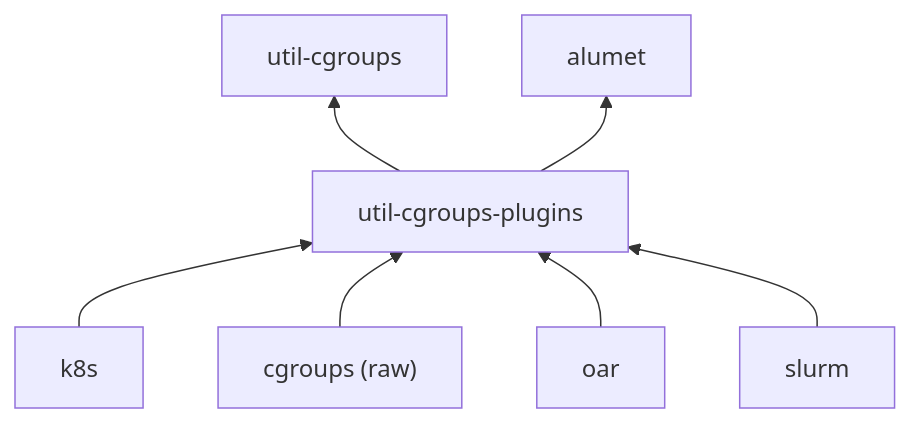
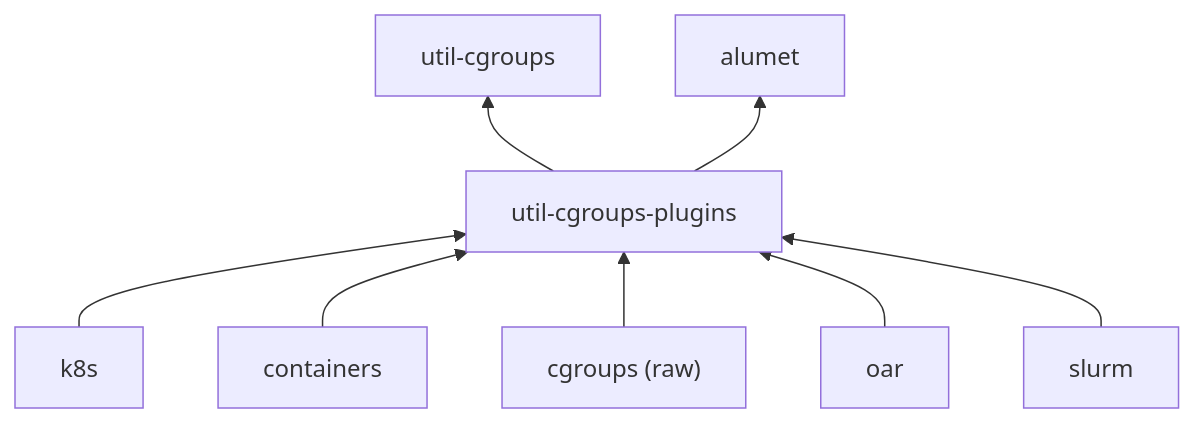
Before and after one commit to alumet-dev/alumet: the diagram in plugins/cgroups/README.md, drawn with Mermaid. The commit also changed other lines of this file and 16 other files, not shown here.

````diff
--- a/plugins/cgroups/README.md
+++ b/plugins/cgroups/README.md
@@ -19,9 +20,10 @@
 ```mermaid
 graph BT;
     util-cgroups-plugins --> util-cgroups;
     util-cgroups-plugins --> alumet;
     k8s --> util-cgroups-plugins;
+    containers --> util-cgroups-plugins;
     cgroups["cgroups (raw)"] --> util-cgroups-plugins;
     oar --> util-cgroups-plugins;
     slurm --> util-cgroups-plugins;
 ```
````
